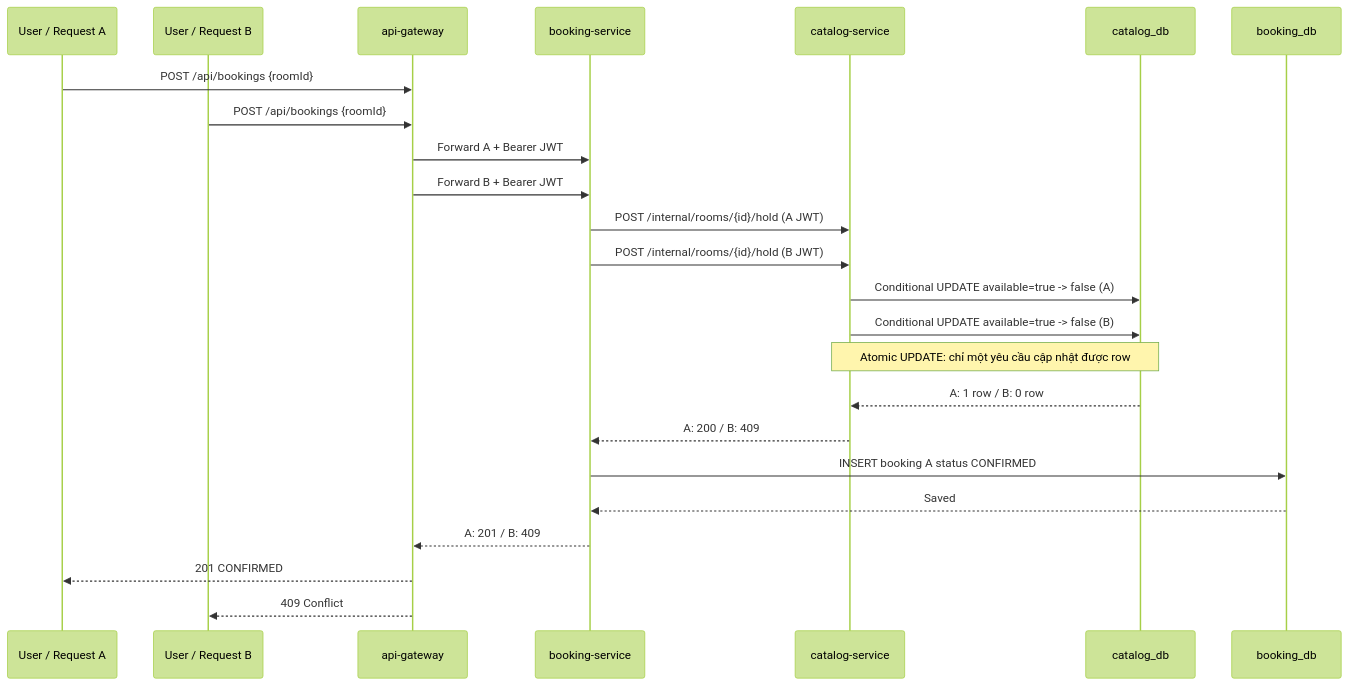
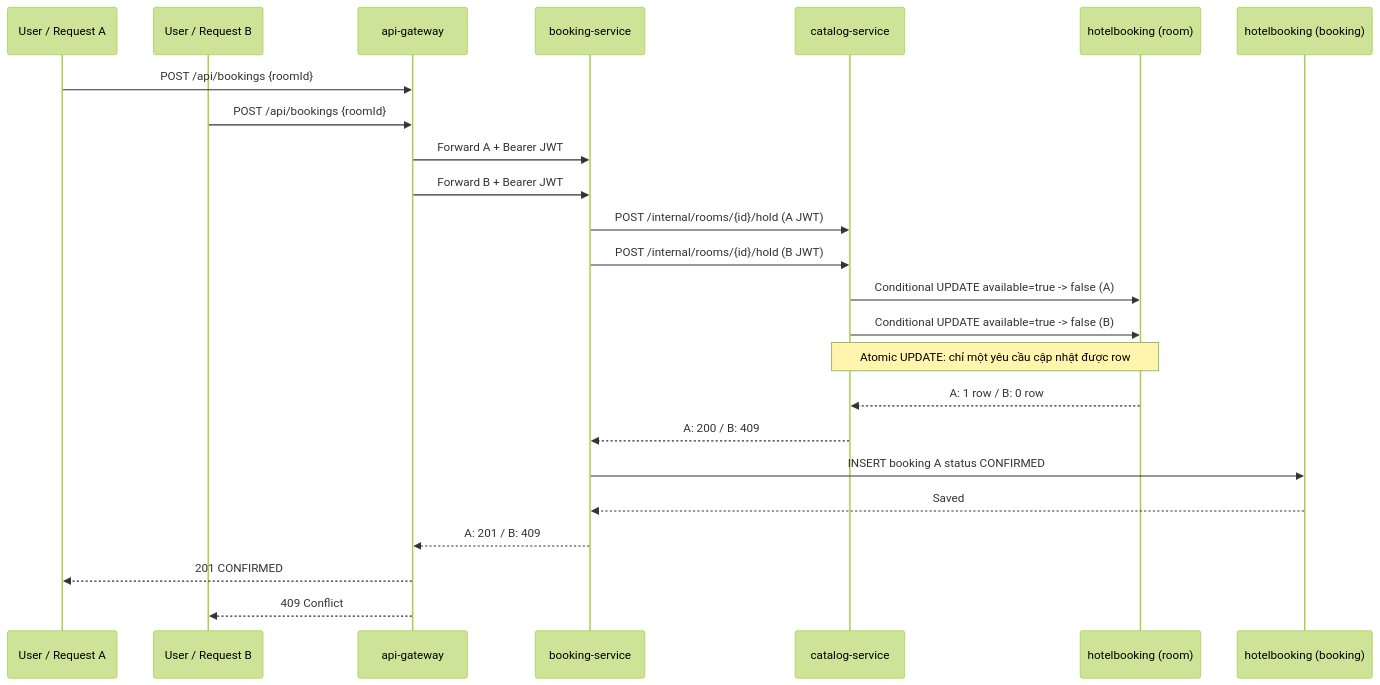
One commit to oabga/HotelBookingSystem changed the third of 3 diagrams in docs/iam-google-sso-demo-plan-v2.md. Above: the diagram before and after it, drawn with Mermaid (forest theme). The commit also changed other lines of this file and 21 other files, not shown here.

Commit message:
feat: fix plan and add erd design

````diff
--- a/docs/iam-google-sso-demo-plan-v2.md
+++ b/docs/iam-google-sso-demo-plan-v2.md
@@ -455,27 +466,27 @@
 ```mermaid
 sequenceDiagram
     participant U1 as User / Request A
     participant U2 as User / Request B
     participant Gateway as api-gateway
     participant Booking as booking-service
     participant Catalog as catalog-service
-    participant RoomDB as catalog_db
-    participant BookingDB as booking_db
+    participant RoomDB as hotelbooking (room)
+    participant BookingDB as hotelbooking (booking)
 
     U1->>Gateway: POST /api/bookings {roomId}
     U2->>Gateway: POST /api/bookings {roomId}
     Gateway->>Booking: Forward A + Bearer JWT
     Gateway->>Booking: Forward B + Bearer JWT
     Booking->>Catalog: POST /internal/rooms/{id}/hold (A JWT)
     Booking->>Catalog: POST /internal/rooms/{id}/hold (B JWT)
     Catalog->>RoomDB: Conditional UPDATE available=true -> false (A)
     Catalog->>RoomDB: Conditional UPDATE available=true -> false (B)
     Note over Catalog,RoomDB: Atomic UPDATE: chỉ một yêu cầu cập nhật được row
     RoomDB-->>Catalog: A: 1 row / B: 0 row
     Catalog-->>Booking: A: 200 / B: 409
     Booking->>BookingDB: INSERT booking A status CONFIRMED
     BookingDB-->>Booking: Saved
     Booking-->>Gateway: A: 201 / B: 409
     Gateway-->>U1: 201 CONFIRMED
     Gateway-->>U2: 409 Conflict
 ```
````
